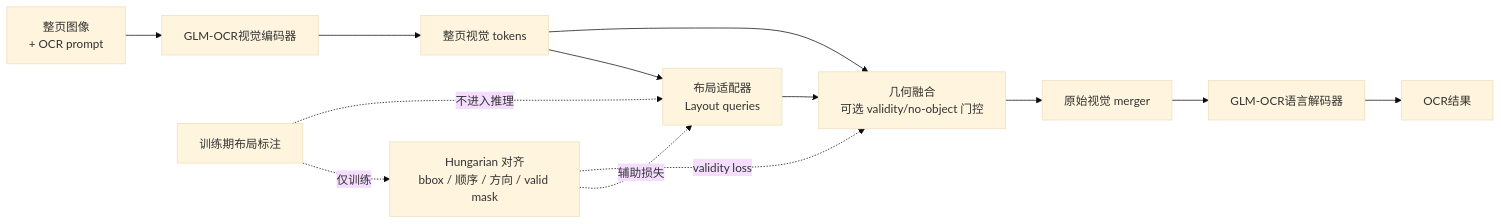
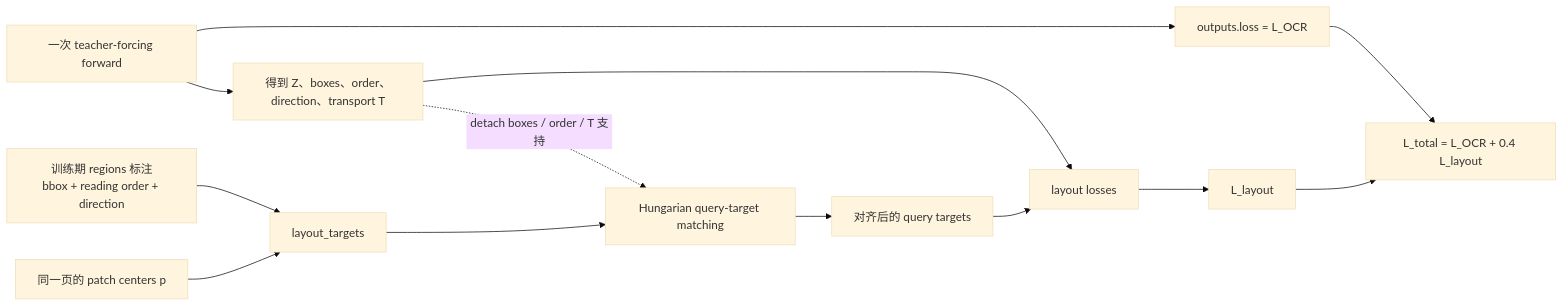
Before and after one commit to Kevin-Yang-1974/OCRModel: the second of 2 diagrams in ocrmodel/docs/DESIGN.md, drawn with Mermaid (base theme). The commit also changed other lines of this file, not shown here.

Commit message:
docs: clarify GLMOCR geometry flow and QKV roles

````diff
--- a/ocrmodel/docs/DESIGN.md
+++ b/ocrmodel/docs/DESIGN.md
@@ -31,16 +168,15 @@
 ```mermaid
 flowchart LR
-    A[整页图像<br/>+ OCR prompt] --> B[GLM-OCR视觉编码器]
-    B --> C[整页视觉 tokens]
-    C --> D[布局适配器<br/>Layout queries]
-    D --> E[几何融合<br/>可选 validity/no-object 门控]
-    C --> E
-    E --> F[原始视觉 merger]
-    F --> G[GLM-OCR语言解码器]
-    G --> H[OCR结果]
-
-    I[训练期布局标注] -.仅训练.-> J[Hungarian 对齐<br/>bbox / 顺序 / 方向 / valid mask]
-    J -.辅助损失.-> D
-    J -.validity loss.-> E
-    I -.不进入推理.-> D
+    F[一次 teacher-forcing forward] --> PRED[得到 Z、boxes、order、direction、transport T]
+    GT[训练期 regions 标注<br/>bbox + reading order + direction] --> TARGET[layout_targets]
+    PC[同一页的 patch centers p] --> TARGET
+    PRED -.detach boxes / order / T 支持.-> MATCH[Hungarian query-target matching]
+    TARGET --> MATCH
+    MATCH --> ALIGNED[对齐后的 query targets]
+    PRED --> LL[layout losses]
+    ALIGNED --> LL
+    F --> OCR[outputs.loss = L_OCR]
+    LL --> LA[L_layout]
+    OCR --> TOTAL[L_total = L_OCR + 0.4 L_layout]
+    LA --> TOTAL
 ```
````
